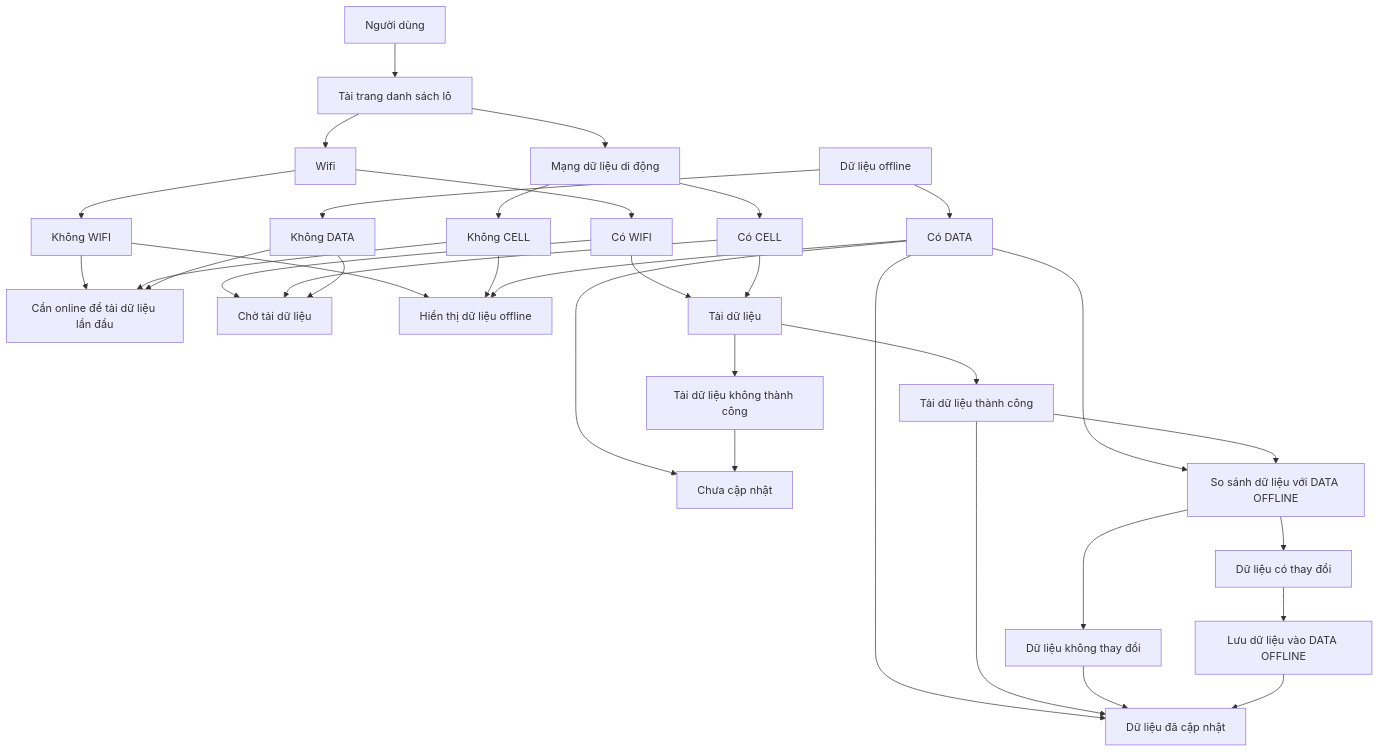
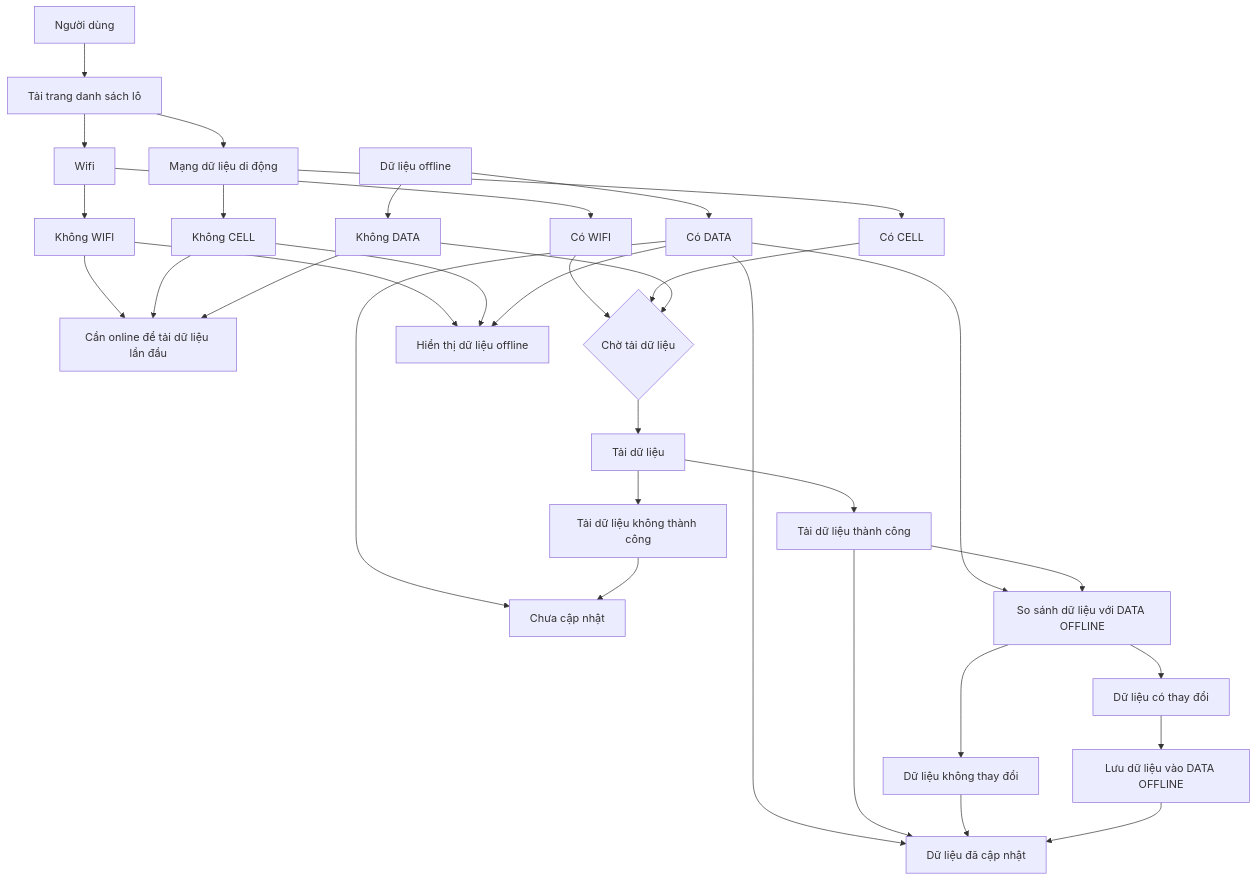
One commit to trethanhphat/tre-thanh-phat-pwa-docs changed the diagram in docs/batches-flow.md. Above: the diagram before and after it, drawn with Mermaid.

````diff
--- a/docs/batches-flow.md
+++ b/docs/batches-flow.md
@@ -1,81 +1,82 @@
 ```mermaid
 flowchart TD
 USER["Người dùng"]
 LOAD["Tải trang danh sách lô"]
 USER --> LOAD
 LOAD --> WIFI
 LOAD --> CELL
 
 
 CELL["Mạng dữ liệu di động"]
 
 CELL --> CELL-Y["Có CELL"]
 CELL --> CELL-N["Không CELL"]
 
 WIFI["Wifi"]
 
 WIFI --> WIFI-Y["Có WIFI"]
 WIFI --> WIFI-N["Không WIFI"]
 
 DATA["Dữ liệu offline"]
 
 DATA --> DATA-Y["Có DATA"]
 DATA --> DATA-N["Không DATA"]
 
 
 
 EMPTY["Cần online để tải dữ liệu lần đầu"]
 
 WIFI-N --> EMPTY
 CELL-N --> EMPTY
 DATA-N --> EMPTY
 
-WAIT["Chờ tải dữ liệu"]
+WAIT{"Chờ tải dữ liệu"}
 
 WIFI-Y --> WAIT
 CELL-Y --> WAIT
 DATA-N --> WAIT
+
 
 
 OFFLINE["Hiển thị dữ liệu offline"]
 
 WIFI-N --> OFFLINE
 CELL-N --> OFFLINE
 DATA-Y --> OFFLINE
 
 FETCH["Tải dữ liệu"]
 
-WIFI-Y --> FETCH
-CELL-Y --> FETCH
+WAIT --> FETCH
+
 
 FETCH-Y["Tải dữ liệu thành công"]
 FETCH-N["Tải dữ liệu không thành công"]
 
 FETCH --> FETCH-Y
 FETCH --> FETCH-N
 
 SUCCESS["Dữ liệu đã cập nhật"]
 
 DATA-Y --> SUCCESS
 FETCH-Y --> SUCCESS
 
 FAIL["Chưa cập nhật"]
 DATA-Y --> FAIL
 FETCH-N --> FAIL
 
 COMPARE["So sánh dữ liệu với DATA OFFLINE"]
 
 DATA-Y --> COMPARE
 FETCH-Y --> COMPARE
 
 COMPARE --> COMPARE-Y["Dữ liệu có thay đổi"]
 COMPARE --> COMPARE-N["Dữ liệu không thay đổi"]
 
 COMPARE-N --> SUCCESS
 
 SAVE["Lưu dữ liệu vào DATA OFFLINE"]
 
 COMPARE-Y --> SAVE
 SAVE --> SUCCESS
 
 ```
````
